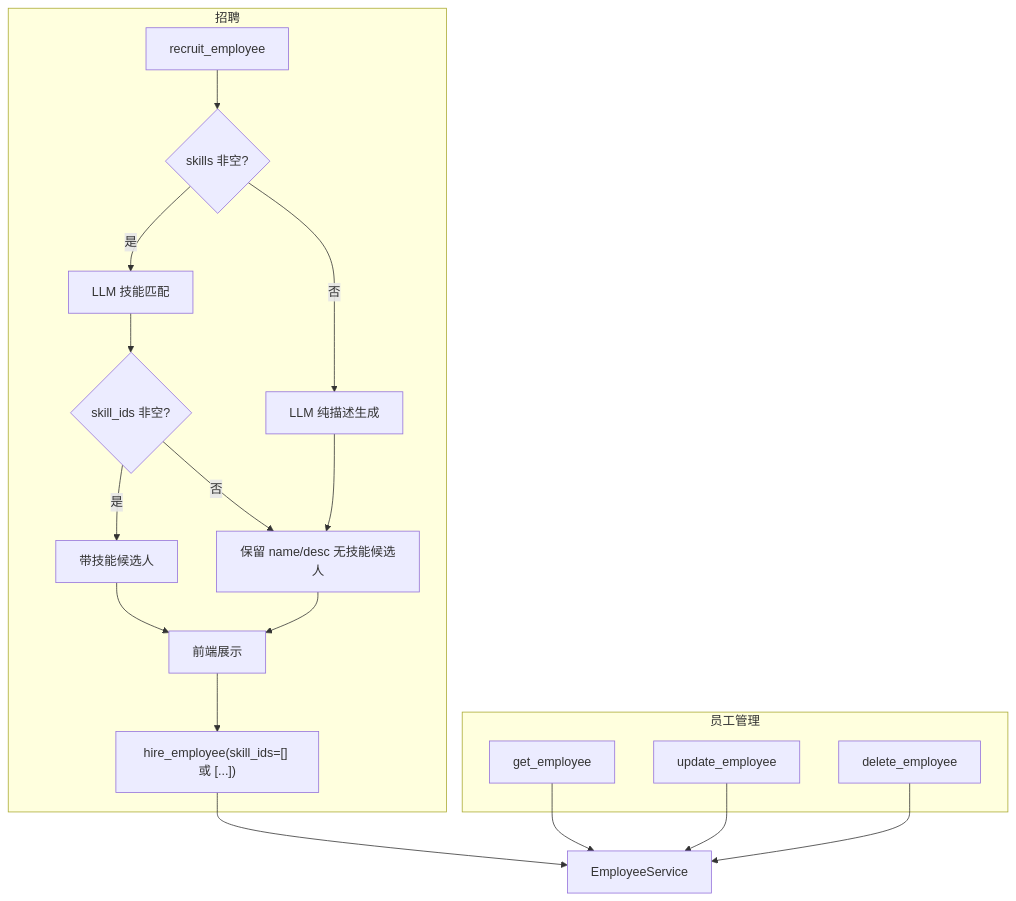
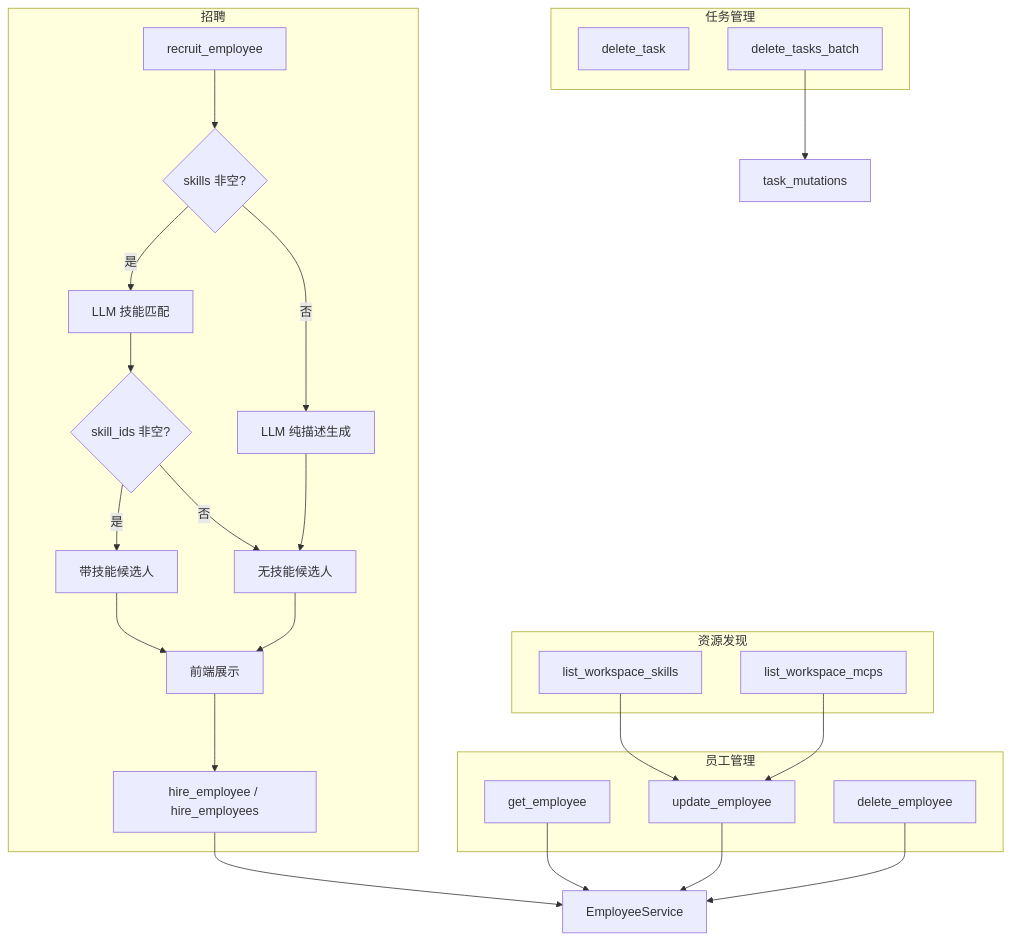
One commit to rzx007/digital-employe-client-web-m changed the second of 2 diagrams in .cursor/plans/总管员工crud与招聘_fe1fbe1a.plan.md. Above: the diagram before and after it, drawn with Mermaid. The commit also changed other lines of this file, not shown here.

````diff
--- a/.cursor/plans/总管员工crud与招聘_fe1fbe1a.plan.md
+++ b/.cursor/plans/总管员工crud与招聘_fe1fbe1a.plan.md
@@ -210,24 +173,35 @@
 ```mermaid
 flowchart TD
     subgraph recruit [招聘]
         R1[recruit_employee] --> R2{skills 非空?}
         R2 -->|是| R3[LLM 技能匹配]
         R2 -->|否| R4[LLM 纯描述生成]
         R3 --> R5{skill_ids 非空?}
         R5 -->|是| R6[带技能候选人]
-        R5 -->|否| R7[保留 name/desc 无技能候选人]
+        R5 -->|否| R7[无技能候选人]
         R4 --> R7
         R6 --> R8[前端展示]
         R7 --> R8
-        R8 --> R9["hire_employee(skill_ids=[] 或 [...])"]
+        R8 --> R9["hire_employee / hire_employees"]
+    end
+    subgraph listing [资源发现]
+        L1[list_workspace_skills]
+        L2[list_workspace_mcps]
     end
     subgraph crud [员工管理]
         C1[get_employee]
         C2[update_employee]
         C3[delete_employee]
     end
+    subgraph tasks [任务管理]
+        T1[delete_task]
+        T2[delete_tasks_batch]
+    end
+    L1 --> C2
+    L2 --> C2
     R9 --> EmployeeService
     C1 --> EmployeeService
     C2 --> EmployeeService
     C3 --> EmployeeService
+    T2 --> task_mutations
 ```
````
